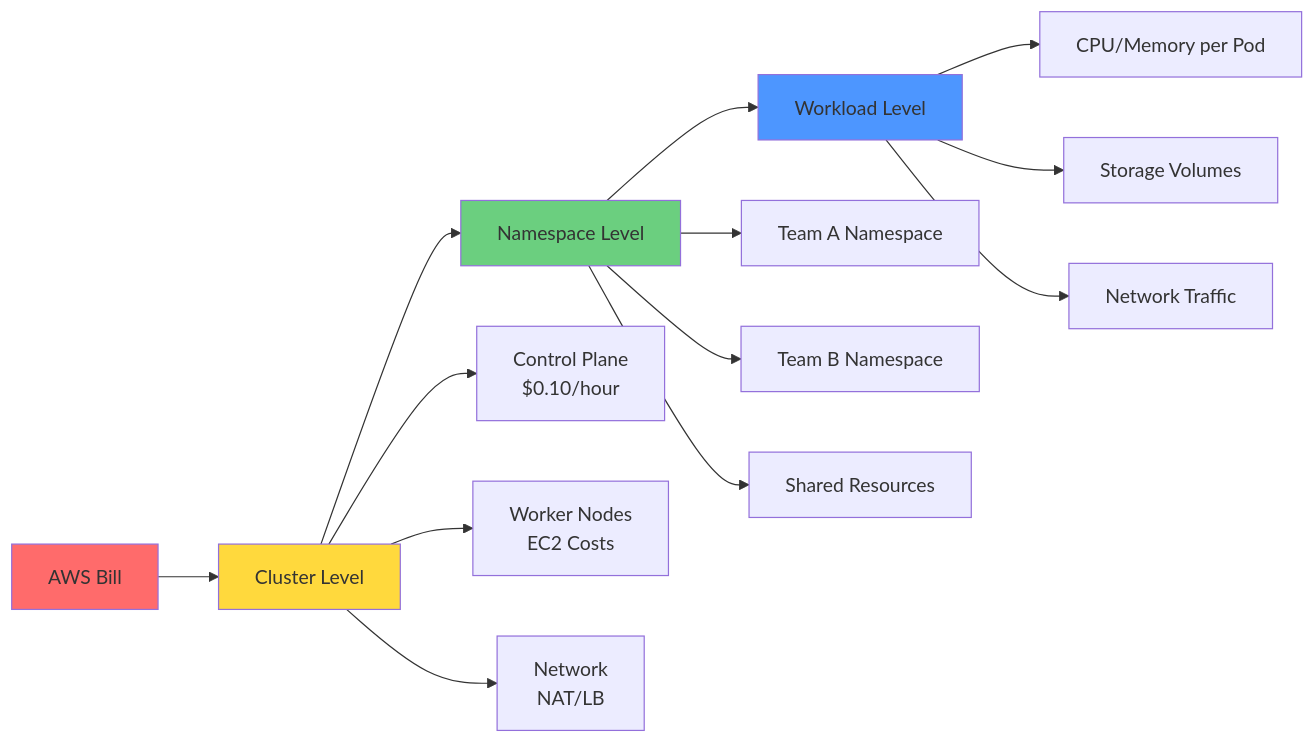
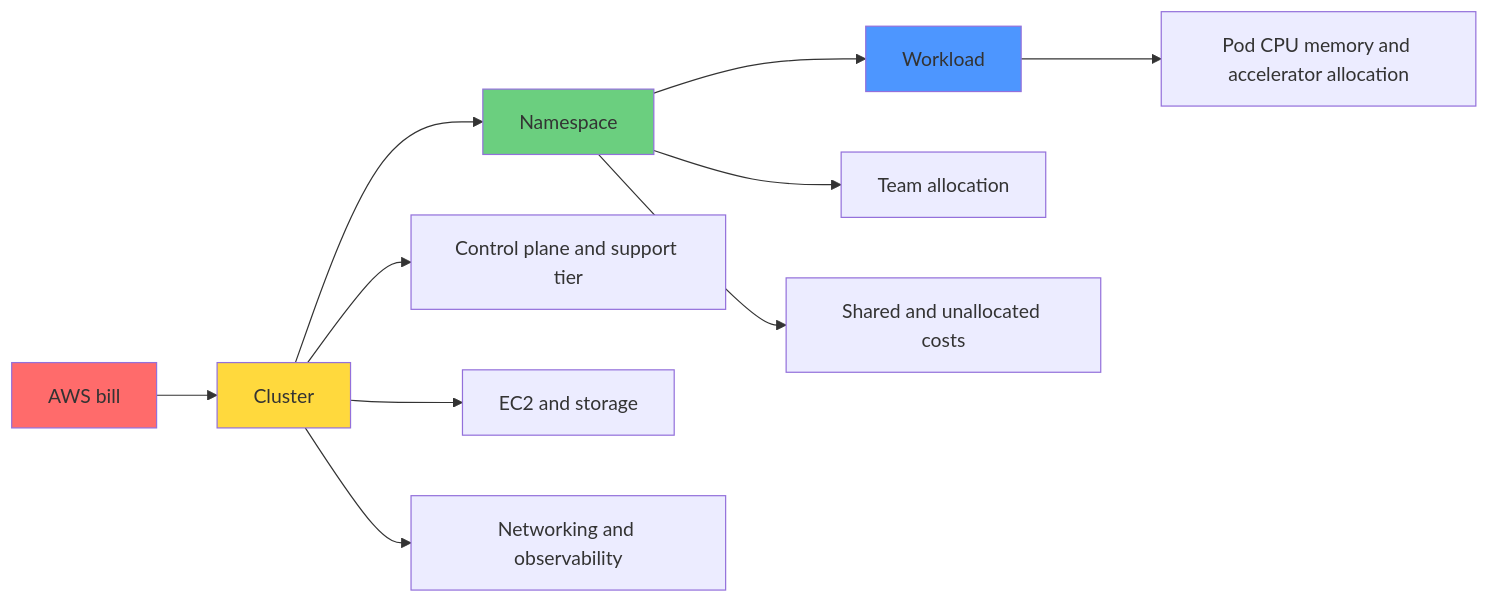
Before and after one commit to devfloor9/engineering-playbook: the second of 2 diagrams in i18n/en/docusaurus-plugin-content-docs/current/eks-best-practices/resource-cost/cost-management.md, drawn with Mermaid. The commit also changed other lines of this file and 7 other files, not shown here.

````diff
--- a/i18n/en/docusaurus-plugin-content-docs/current/eks-best-practices/resource-cost/cost-management.md
+++ b/i18n/en/docusaurus-plugin-content-docs/current/eks-best-practices/resource-cost/cost-management.md
@@ -143,23 +117,16 @@
 ```mermaid
 graph LR
-    A[AWS Bill] --> B[Cluster Level]
-    B --> C[Namespace Level]
-    C --> D[Workload Level]
-
-    B --> E[Control Plane<br/>$0.10/hour]
-    B --> F[Worker Nodes<br/>EC2 Costs]
-    B --> G[Network<br/>NAT/LB]
-
-    C --> H[Team A Namespace]
-    C --> I[Team B Namespace]
-    C --> J[Shared Resources]
-
-    D --> K[CPU/Memory per Pod]
-    D --> L[Storage Volumes]
-    D --> M[Network Traffic]
-
+    A[AWS bill] --> B[Cluster]
+    B --> C[Namespace]
+    C --> D[Workload]
+    B --> E[Control plane and support tier]
+    B --> F[EC2 and storage]
+    B --> G[Networking and observability]
+    C --> H[Team allocation]
+    C --> I[Shared and unallocated costs]
+    D --> J[Pod CPU memory and accelerator allocation]
     style A fill:#ff6b6b
     style B fill:#ffd93d
     style C fill:#6bcf7f
     style D fill:#4d96ff
 ```
````
